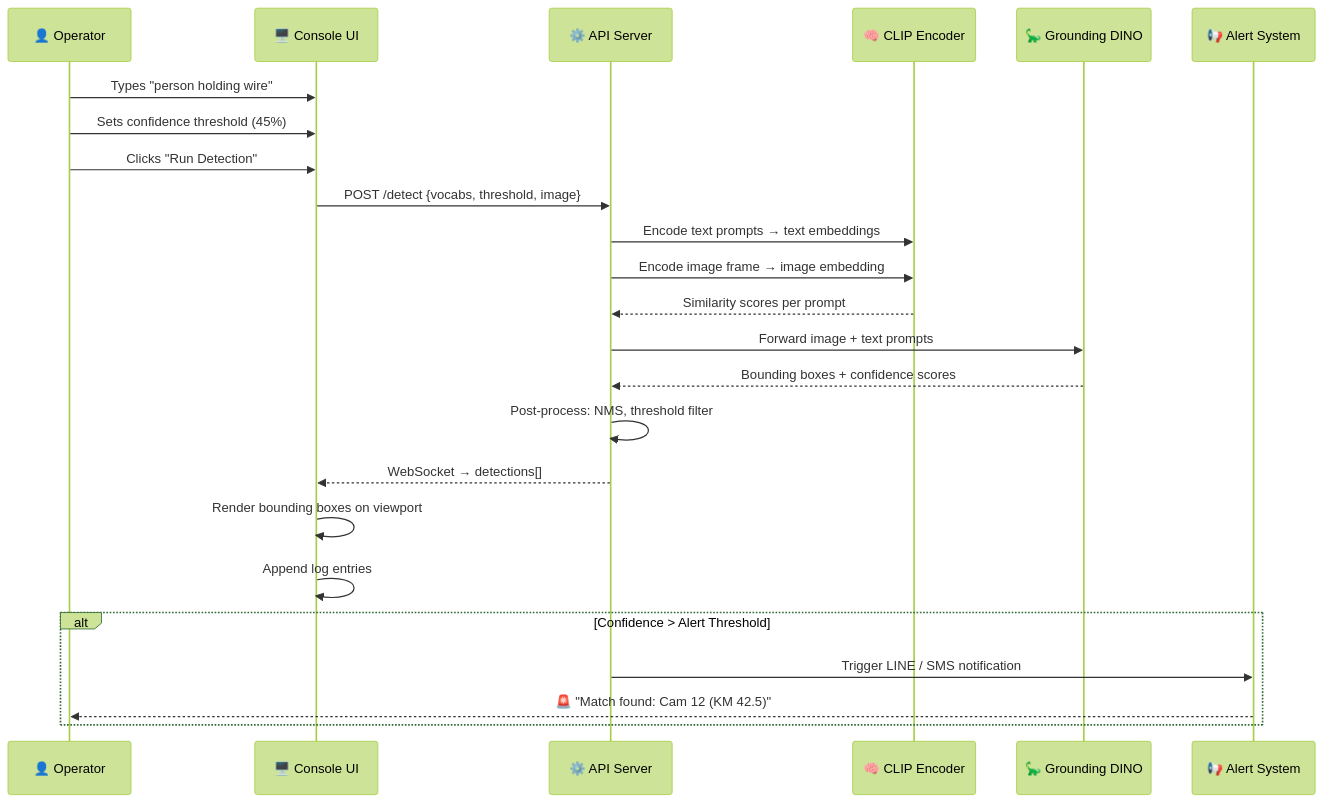
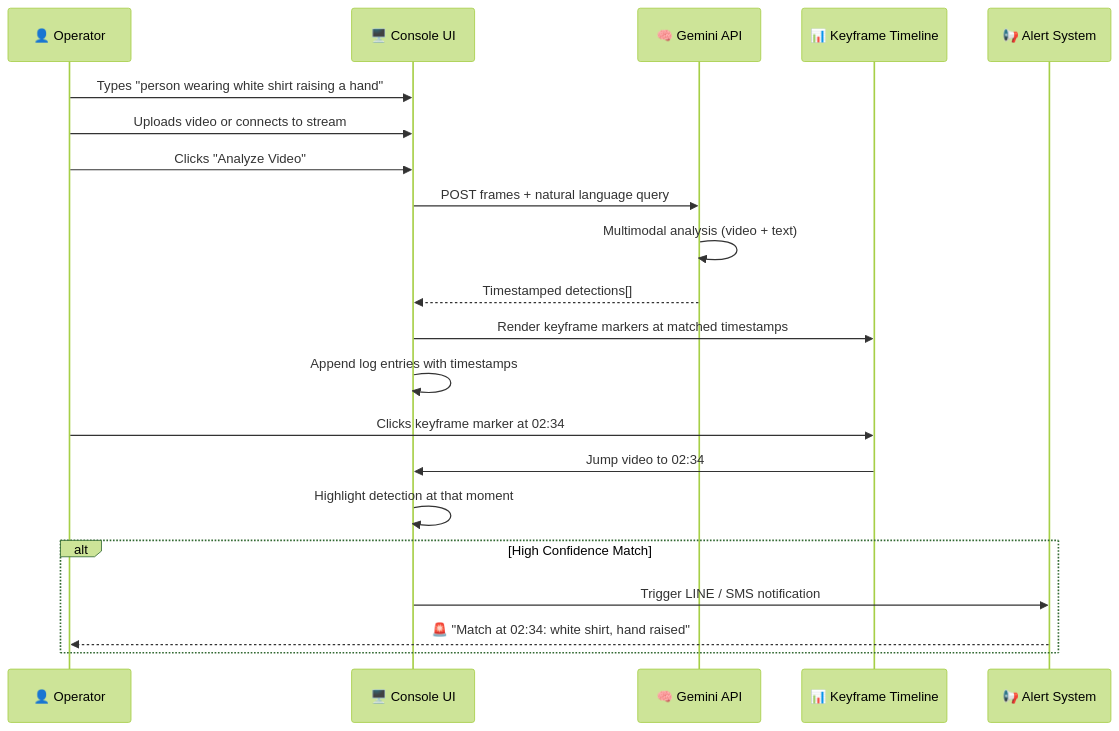
One commit to Panitan-K/Scamtir changed the second of 5 diagrams in README.md. Above: the diagram before and after it, drawn with Mermaid (forest theme). The commit also changed other lines of this file and 8 other files, not shown here.

First line of the commit message:
feat: transition to Gemini File API for video analysis and major UI/UX overhaul

````diff
--- a/README.md
+++ b/README.md
@@ -95,32 +91,28 @@
 ```mermaid
 sequenceDiagram
     participant User as 👤 Operator
     participant Console as 🖥️ Console UI
-    participant API as ⚙️ API Server
-    participant CLIP as 🧠 CLIP Encoder
-    participant DINO as 🦕 Grounding DINO
+    participant Gemini as 🧠 Gemini API
+    participant Timeline as 📊 Keyframe Timeline
     participant Alert as 📢 Alert System
 
-    User->>Console: Types "person holding wire"
-    User->>Console: Sets confidence threshold (45%)
-    User->>Console: Clicks "Run Detection"
-    Console->>API: POST /detect {vocabs, threshold, image}
+    User->>Console: Types "person wearing white shirt raising a hand"
+    User->>Console: Uploads video or connects to stream
+    User->>Console: Clicks "Analyze Video"
+    Console->>Gemini: POST frames + natural language query
     
-    API->>CLIP: Encode text prompts → text embeddings
-    API->>CLIP: Encode image frame → image embedding
-    CLIP-->>API: Similarity scores per prompt
+    Gemini->>Gemini: Multimodal analysis (video + text)
+    Gemini-->>Console: Timestamped detections[]
     
-    API->>DINO: Forward image + text prompts
-    DINO-->>API: Bounding boxes + confidence scores
+    Console->>Timeline: Render keyframe markers at matched timestamps
+    Console->>Console: Append log entries with timestamps
     
-    API->>API: Post-process: NMS, threshold filter
-    API-->>Console: WebSocket → detections[]
+    User->>Timeline: Clicks keyframe marker at 02:34
+    Timeline->>Console: Jump video to 02:34
+    Console->>Console: Highlight detection at that moment
     
-    Console->>Console: Render bounding boxes on viewport
-    Console->>Console: Append log entries
-    
-    alt Confidence > Alert Threshold
-        API->>Alert: Trigger LINE / SMS notification
-        Alert-->>User: 🚨 "Match found: Cam 12 (KM 42.5)"
+    alt High Confidence Match
+        Console->>Alert: Trigger LINE / SMS notification
+        Alert-->>User: 🚨 "Match at 02:34: white shirt, hand raised"
     end
 ```
````
